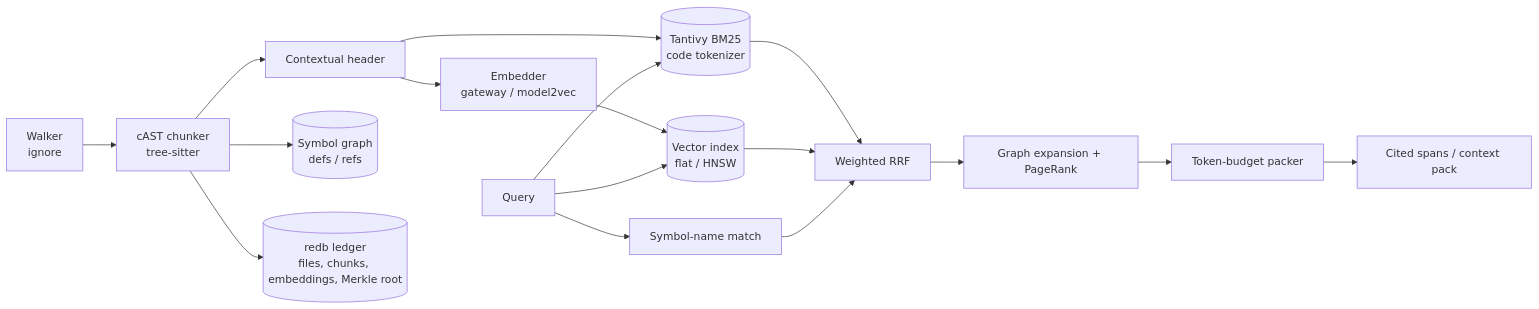
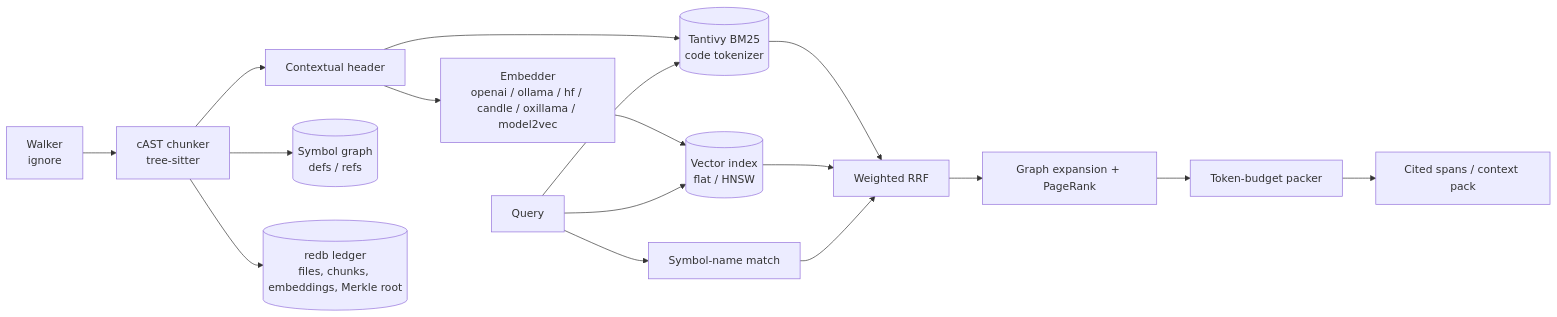
One commit to yasuomaidana/dendrite-rag-rs changed the diagram in docs/ARCHITECTURE.md. Above: the diagram before and after it, drawn with Mermaid. The commit also changed other lines of this file and 24 other files, not shown here.

Commit message:
[DRAG-18] feat(embed): project-selected embedding backends: openai, ollama and Hugging Face Inference/TEI alongside model2vec; .dendrite/rag.toml settings with DENDRITE_RAG_* overrides; embedders and settings commands; model-family prefixes and pooling; deterministic history tie order

````diff
--- a/docs/ARCHITECTURE.md
+++ b/docs/ARCHITECTURE.md
@@ -9,15 +9,15 @@
 ```mermaid
 flowchart LR
     W[Walker<br/>ignore] --> C[cAST chunker<br/>tree-sitter]
     C --> H[Contextual header]
     H --> L[(Tantivy BM25<br/>code tokenizer)]
-    H --> E[Embedder<br/>gateway / model2vec]
+    H --> E[Embedder<br/>openai / ollama / hf / candle / oxillama / model2vec]
     E --> V[(Vector index<br/>flat / HNSW)]
     C --> G[(Symbol graph<br/>defs / refs)]
     C --> R[(redb ledger<br/>files, chunks, embeddings, Merkle root)]
     Q[Query] --> L & V & S[Symbol-name match]
     L & V & S --> F[Weighted RRF]
     F --> X[Graph expansion + PageRank]
     X --> P[Token-budget packer]
     P --> O[Cited spans / context pack]
 ```
````
